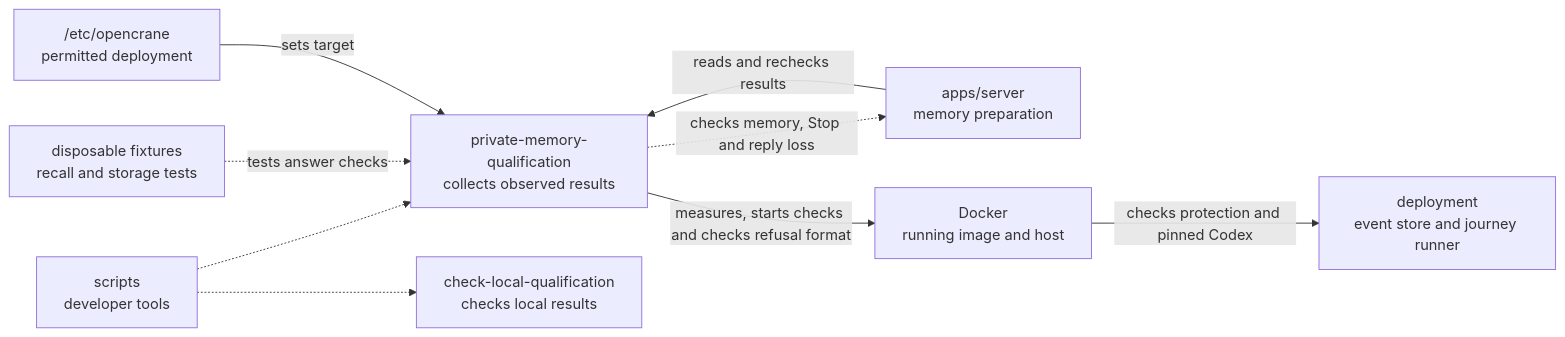
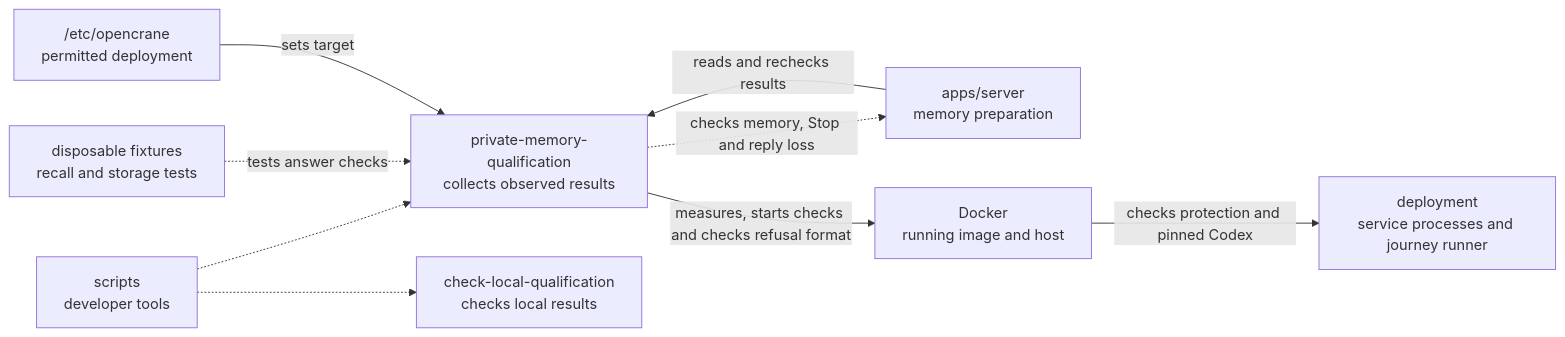
One commit to elewa-git/opencrane-new changed the diagram in scripts/private-memory-qualification/README.md. Above: the diagram before and after it, drawn with Mermaid. The commit also changed other lines of this file and 20 other files, not shown here.

Commit message:
🔒 Check live service process protection before private journeys

````diff
--- a/scripts/private-memory-qualification/README.md
+++ b/scripts/private-memory-qualification/README.md
@@ -18,11 +18,11 @@
 ```mermaid
 flowchart LR
   scripts["scripts<br/>developer tools"] -.-> collector["private-memory-qualification<br/>collects observed results"]
   fixtures["disposable fixtures<br/>recall and storage tests"] -.->|tests answer checks| collector
   scripts -.-> sibling["check-local-qualification<br/>checks local results"]
   server["apps/server<br/>memory preparation"] -->|reads and rechecks results| collector
   collector -.->|checks memory, Stop and reply loss| server
   config["/etc/opencrane<br/>permitted deployment"] -->|sets target| collector
   collector -->|measures, starts checks and checks refusal format| docker["Docker<br/>running image and host"]
-  docker -->|checks protection and pinned Codex| deployment["deployment<br/>event store and journey runner"]
+  docker -->|checks protection and pinned Codex| deployment["deployment<br/>service processes and journey runner"]
 ```
````
